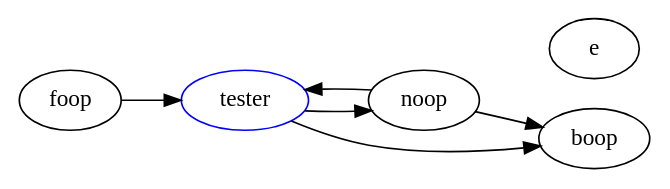
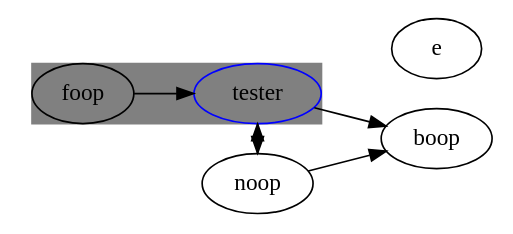
Before and after one commit to sielay/doc2dot: the diagram in README.md, drawn with Graphviz. The commit also changed other lines of this file and 5 other files, not shown here.

````diff
--- a/README.md
+++ b/README.md
@@ -79,13 +98,15 @@
 ```dot
 digraph G {
 graph [rankdir=LR, fontsize=10, margin=0.001];
+subgraph clusterA { style=filled;color=gray; foop tester }
 tester -> noop
 tester [color=blue]
 tester -> boop
 foop -> tester
 noop -> tester [shape=arrow]
 noop -> boop
 { rank="max";   e; }
 }
 
+
 ```
````
